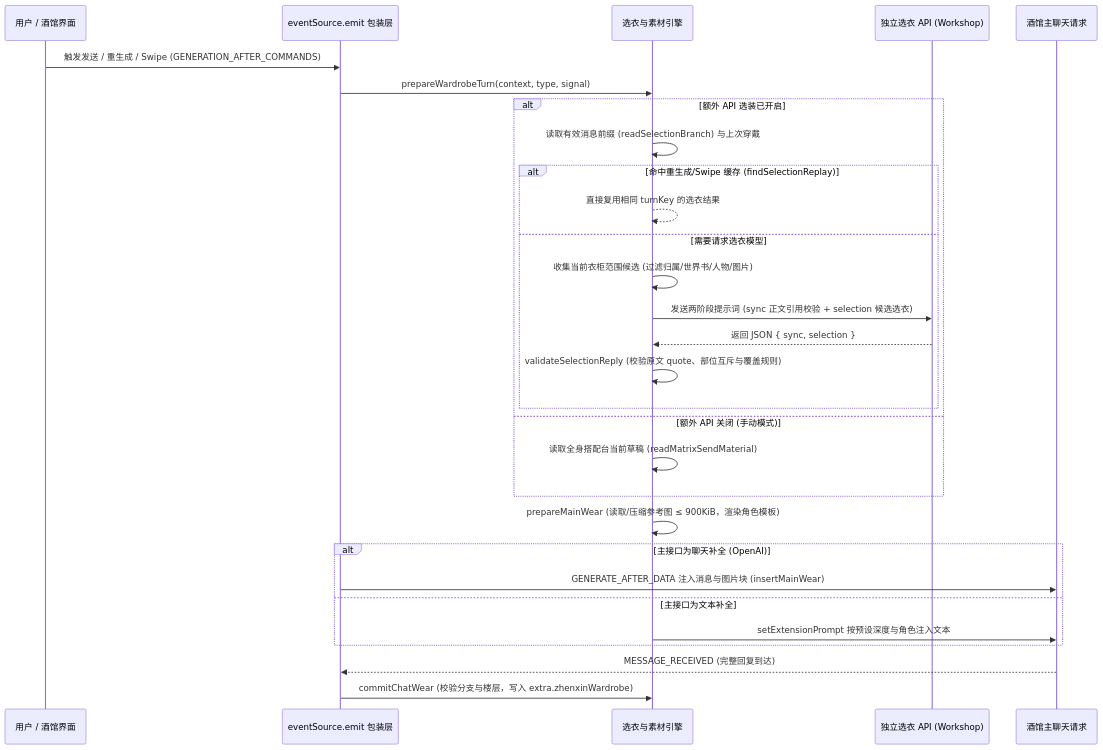
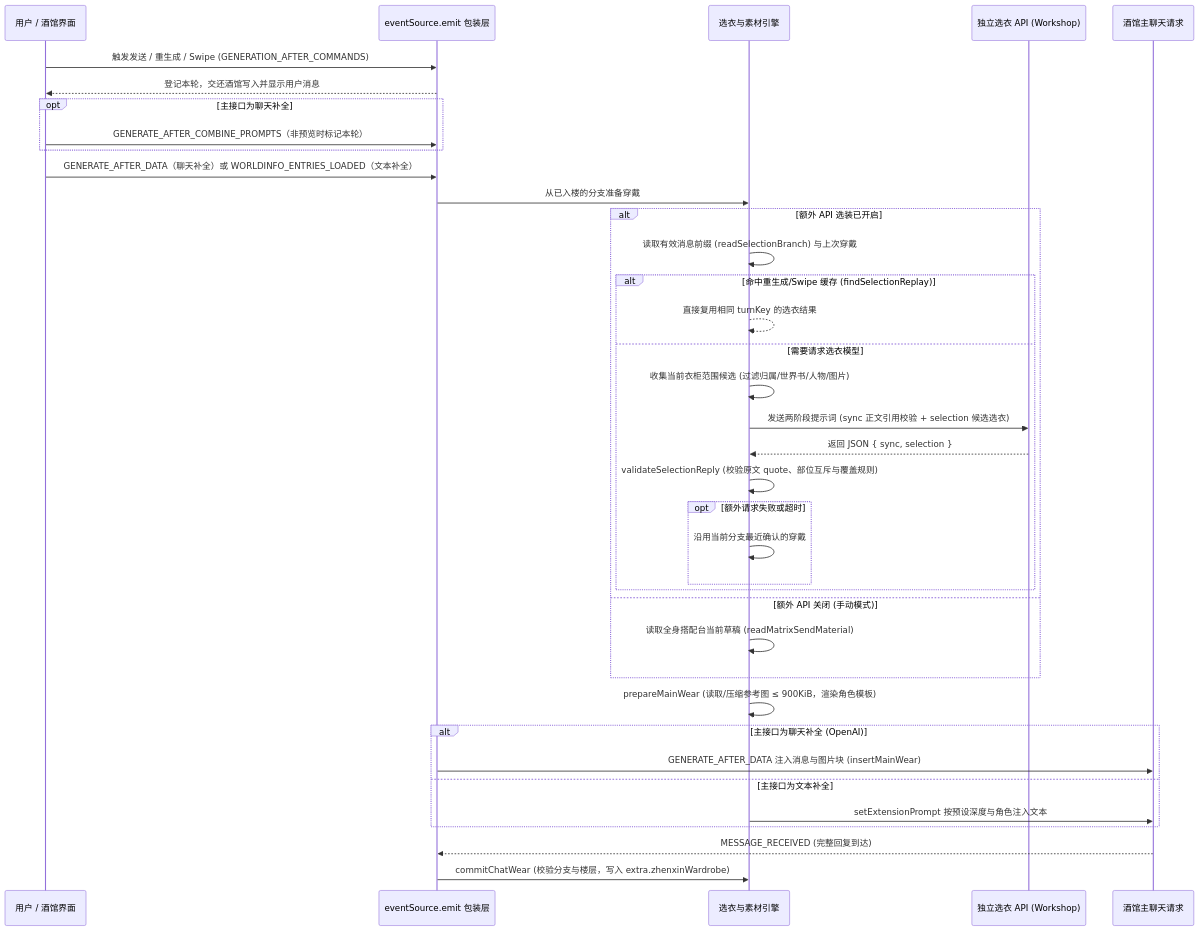
Before and after one commit to qingfeifeiya/Tavern-zhenxinzhenyi: the second of 2 diagrams in architecture.md, drawn with Mermaid. The commit also changed other lines of this file and 1 other file, not shown here.

Commit message:
修复衣柜选衣发送时机与酒馆兼容性

````diff
--- a/architecture.md
+++ b/architecture.md
@@ -82,32 +82,40 @@
 ```mermaid
 sequenceDiagram
     participant User as 用户 / 酒馆界面
     participant Hook as eventSource.emit 包装层
     participant Engine as 选衣与素材引擎
     participant AI as 独立选衣 API (Workshop)
     participant Main as 酒馆主聊天请求
 
     User->>Hook: 触发发送 / 重生成 / Swipe (GENERATION_AFTER_COMMANDS)
-    Hook->>Engine: prepareWardrobeTurn(context, type, signal)
+    Hook-->>User: 登记本轮，交还酒馆写入并显示用户消息
+    opt 主接口为聊天补全
+        User->>Hook: GENERATE_AFTER_COMBINE_PROMPTS（非预览时标记本轮）
+    end
+    User->>Hook: GENERATE_AFTER_DATA（聊天补全）或 WORLDINFO_ENTRIES_LOADED（文本补全）
+    Hook->>Engine: 从已入楼的分支准备穿戴
     alt 额外 API 选装已开启
         Engine->>Engine: 读取有效消息前缀 (readSelectionBranch) 与上次穿戴
         alt 命中重生成/Swipe 缓存 (findSelectionReplay)
             Engine-->>Engine: 直接复用相同 turnKey 的选衣结果
         else 需要请求选衣模型
             Engine->>Engine: 收集当前衣柜范围候选 (过滤归属/世界书/人物/图片)
             Engine->>AI: 发送两阶段提示词 (sync 正文引用校验 + selection 候选选衣)
             AI-->>Engine: 返回 JSON { sync, selection }
             Engine->>Engine: validateSelectionReply (校验原文 quote、部位互斥与覆盖规则)
+            opt 额外请求失败或超时
+                Engine->>Engine: 沿用当前分支最近确认的穿戴
+            end
         end
     else 额外 API 关闭 (手动模式)
         Engine->>Engine: 读取全身搭配台当前草稿 (readMatrixSendMaterial)
     end
     Engine->>Engine: prepareMainWear (读取/压缩参考图 ≤ 900KiB，渲染角色模板)
     alt 主接口为聊天补全 (OpenAI)
         Hook->>Main: GENERATE_AFTER_DATA 注入消息与图片块 (insertMainWear)
     else 主接口为文本补全
         Engine->>Main: setExtensionPrompt 按预设深度与角色注入文本
     end
     Main-->>Hook: MESSAGE_RECEIVED (完整回复到达)
     Hook->>Engine: commitChatWear (校验分支与楼层，写入 extra.zhenxinWardrobe)
 ```
````
